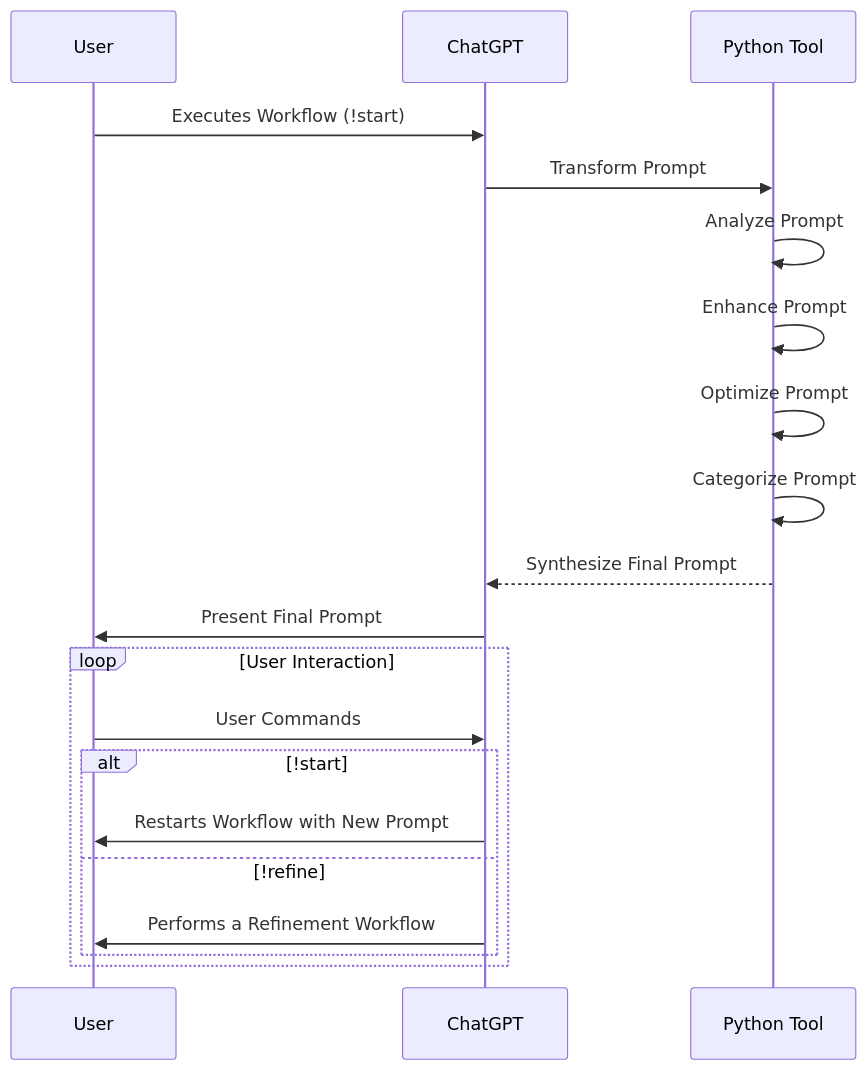
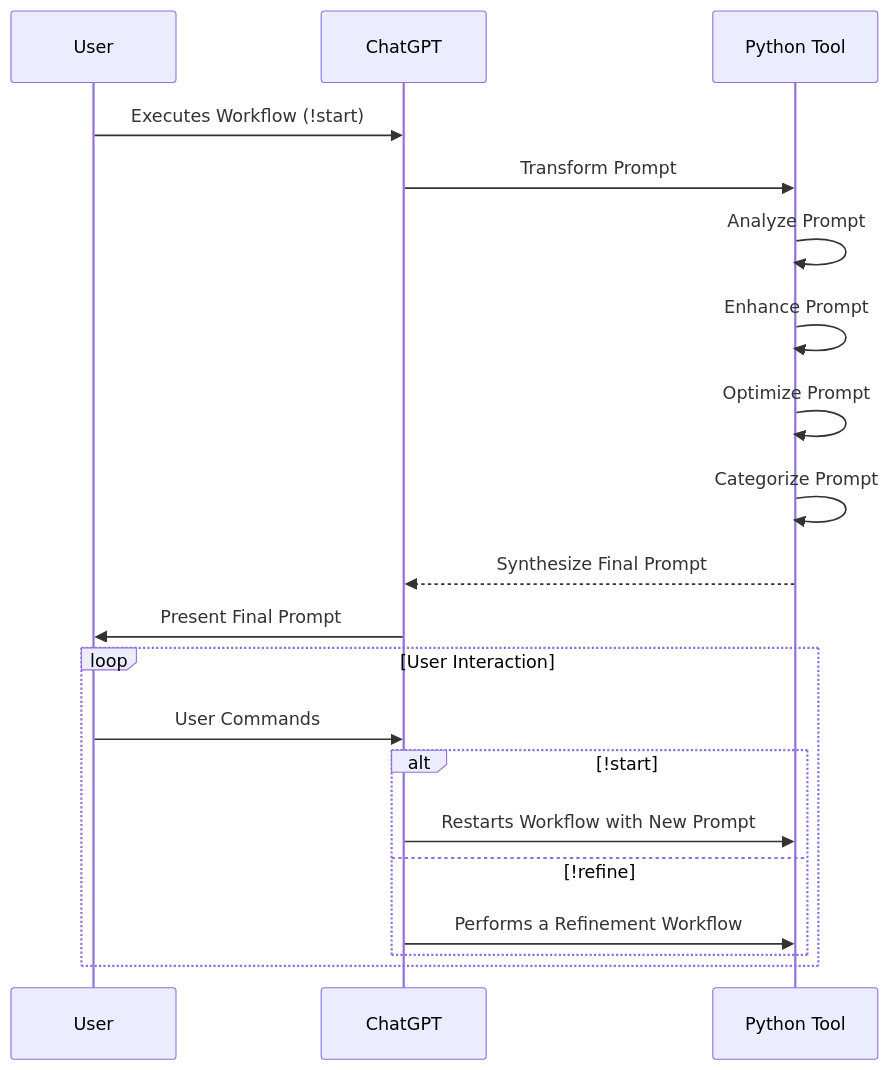
The sixth of 11 diagrams in README.md (nerority/Advanced-GPTs), drawn with Mermaid before and after one commit.

````diff
--- a/README.md
+++ b/README.md
@@ -376,23 +376,23 @@
 ```mermaid
 sequenceDiagram
     participant User
     participant ChatGPT
     participant PythonTool as Python Tool
 
     User->>ChatGPT: Executes Workflow (!start)
     ChatGPT->>PythonTool: Transform Prompt
     PythonTool->>PythonTool: Analyze Prompt
     PythonTool->>PythonTool: Enhance Prompt
     PythonTool->>PythonTool: Optimize Prompt
     PythonTool->>PythonTool: Categorize Prompt
     PythonTool-->>ChatGPT: Synthesize Final Prompt
     ChatGPT->>User: Present Final Prompt
     loop User Interaction
         User->>ChatGPT: User Commands
         alt !start
-            ChatGPT->>User: Restarts Workflow with New Prompt
+            ChatGPT->>PythonTool: Restarts Workflow with New Prompt
         else !refine
-            ChatGPT->>User: Performs a Refinement Workflow
+            ChatGPT->>PythonTool: Performs a Refinement Workflow
         end
     end
 ```
````
